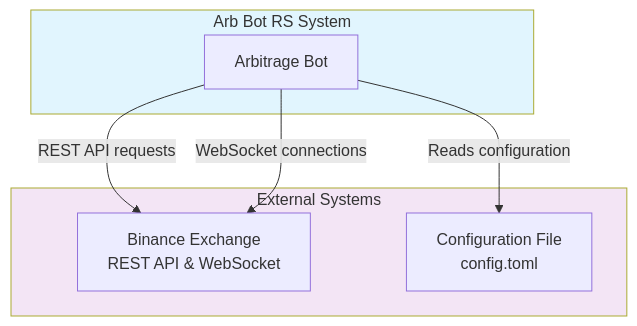
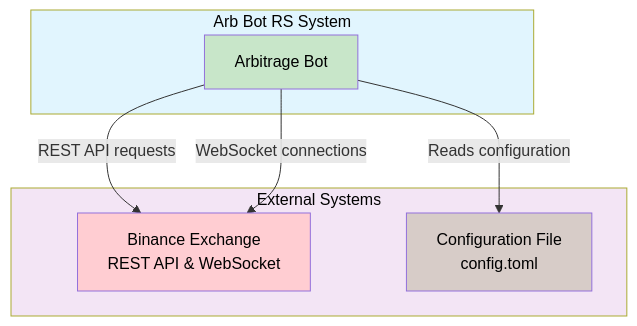
One commit to mkbeh/arb-bot-rs changed the first of 6 diagrams in README.md. Above: the diagram before and after it, drawn with Mermaid. The commit also changed other lines of this file, not shown here.

````diff
--- a/README.md
+++ b/README.md
@@ -80,17 +28,21 @@
 ```mermaid
 flowchart TD
     subgraph ExternalSystems[External Systems]
         Binance[Binance Exchange<br/>REST API & WebSocket]
         ConfigFile[Configuration File<br/>config.toml]
     end
 
     subgraph ArbBotRS[Arb Bot RS System]
         ArbitrageBot[Arbitrage Bot]
     end
 
     ArbitrageBot -->|REST API requests| Binance
     ArbitrageBot -->|WebSocket connections| Binance
     ArbitrageBot -->|Reads configuration| ConfigFile
-    style ArbBotRS fill: #e1f5fe
-    style ExternalSystems fill: #f3e5f5
+
+    style ArbBotRS fill:#e1f5fe,color:#000000
+    style ExternalSystems fill:#f3e5f5,color:#000000
+    style ArbitrageBot fill:#c8e6c9,color:#000000
+    style Binance fill:#ffcdd2,color:#000000
+    style ConfigFile fill:#d7ccc8,color:#000000
 ```
````
